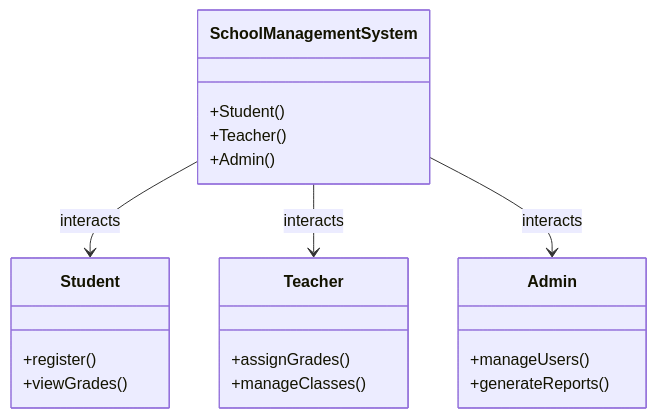
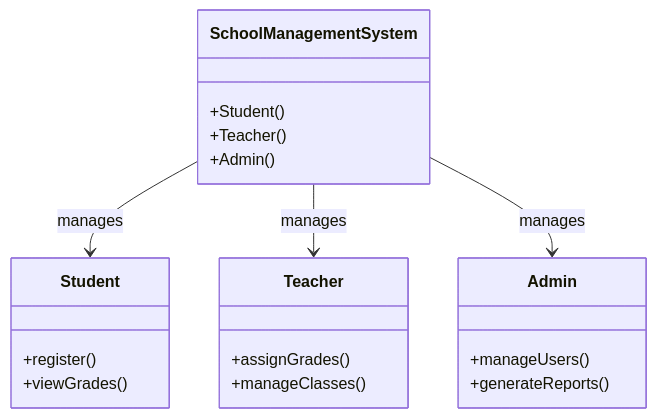
One commit to joexnk-alt/JOEX-HIGH-SCHOOLS changed the diagram in ARCHITECTURE.md. Above: the diagram before and after it, drawn with Mermaid. The commit also changed other lines of this file, not shown here.

Commit message:
Convert class diagram to HTML format

````diff
--- a/ARCHITECTURE.md
+++ b/ARCHITECTURE.md
@@ -1,23 +12,24 @@
-```mermaid
-classDiagram
-    class SchoolManagementSystem {
-        +Student()
-        +Teacher()
-        +Admin()
-    }
-    class Student {
-        +register()
-        +viewGrades()
-    }
-    class Teacher {
-        +assignGrades()
-        +manageClasses()
-    }
-    class Admin {
-        +manageUsers()
-        +generateReports()
-    }
-    SchoolManagementSystem --> Student : interacts
-    SchoolManagementSystem --> Teacher : interacts
-    SchoolManagementSystem --> Admin : interacts
-```
+    <pre class="mermaid">
+        classDiagram
+            class SchoolManagementSystem {
+                +Student()
+                +Teacher()
+                +Admin()
+            }
+            class Student {
+                +register()
+                +viewGrades()
+            }
+            class Teacher {
+                +assignGrades()
+                +manageClasses()
+            }
+            class Admin {
+                +manageUsers()
+                +generateReports()
+            }
+
+            SchoolManagementSystem --> Student : manages
+            SchoolManagementSystem --> Teacher : manages
+            SchoolManagementSystem --> Admin : manages
+    </pre>
````
